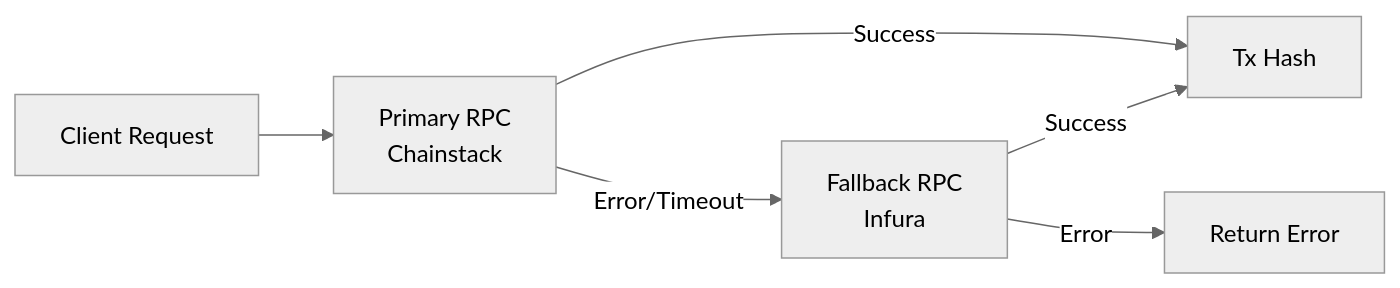
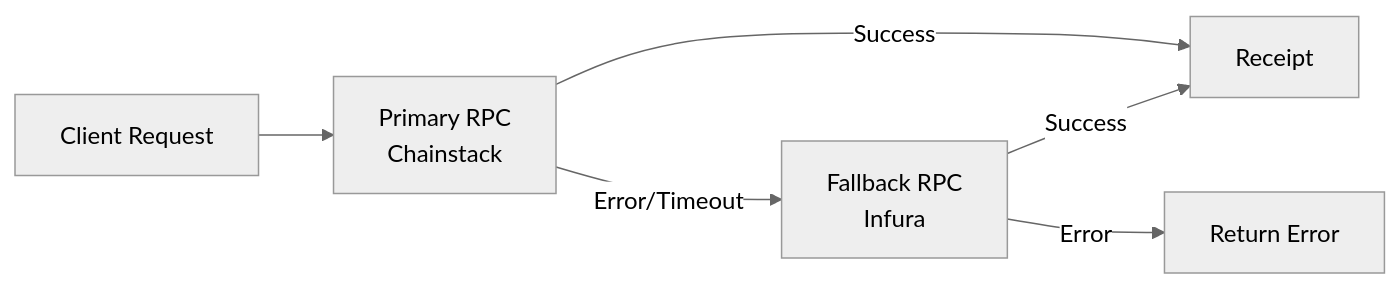
Before and after one commit to 0xReLogic/Zeltra-Protocol: the fourth of 4 diagrams in docs/relayer.md, drawn with Mermaid (neutral theme). The commit also changed other lines of this file and 11 other files, not shown here.

````diff
--- a/docs/relayer.md
+++ b/docs/relayer.md
@@ -448,8 +470,8 @@
 ```mermaid
 graph LR
     A[Client Request] --> B[Primary RPC\nChainstack]
-    B -->|Success| C[Tx Hash]
+    B -->|Success| C[Receipt]
     B -->|Error/Timeout| D[Fallback RPC\nInfura]
     D -->|Success| C
     D -->|Error| E[Return Error]
 ```
````
